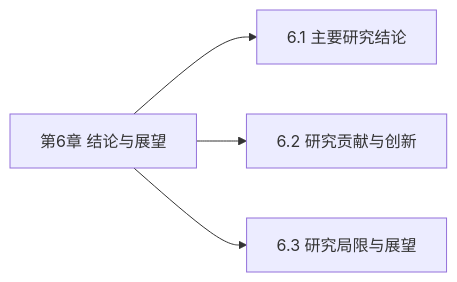
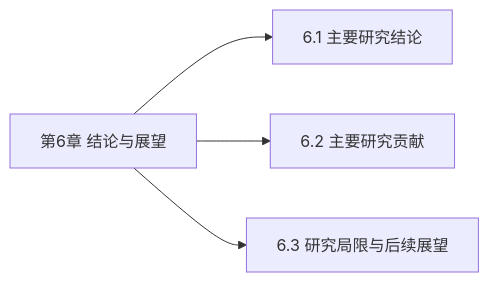
Before and after one commit to WYLINX601/Linx_paper: the diagram in 论文章节/章节导航/06-结论.md, drawn with Mermaid. The commit also changed other lines of this file and 35 other files, not shown here.

````diff
--- a/论文章节/章节导航/06-结论.md
+++ b/论文章节/章节导航/06-结论.md
@@ -63,10 +63,10 @@
 ```mermaid
 flowchart LR
   chapter-6["第6章 结论与展望"]
   section-6-1["6.1 主要研究结论"]
   chapter-6 --> section-6-1
-  section-6-2["6.2 研究贡献与创新"]
+  section-6-2["6.2 主要研究贡献"]
   chapter-6 --> section-6-2
-  section-6-3["6.3 研究局限与展望"]
+  section-6-3["6.3 研究局限与后续展望"]
   chapter-6 --> section-6-3
 ```
````
